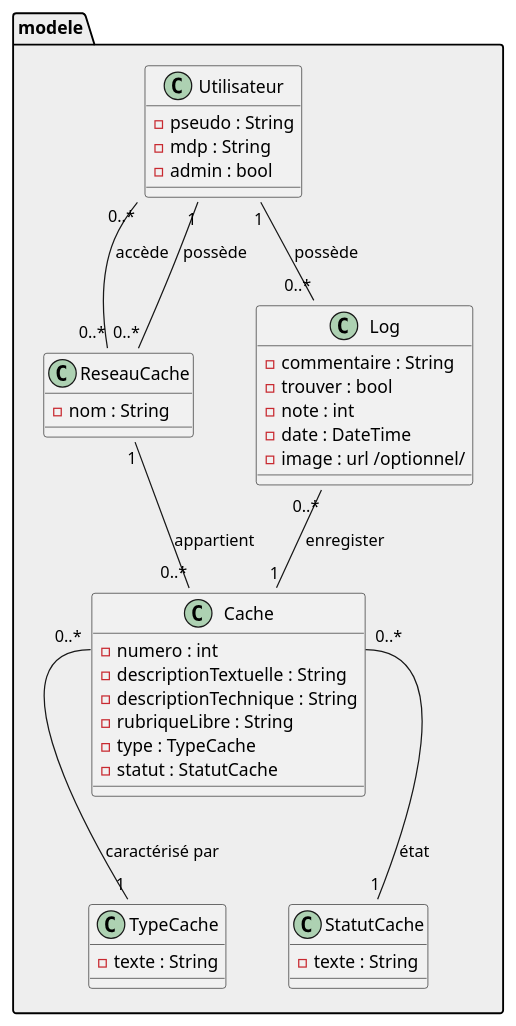
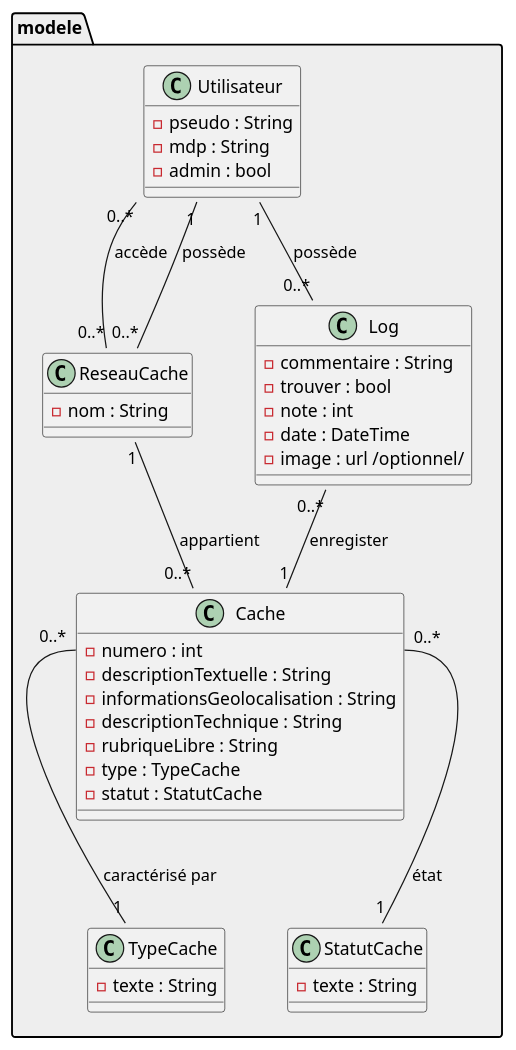
Before and after one commit to Thomas-Duthoit/ge-OO-cache: the diagram in conception/UML/diagramme_classes_V2.puml, drawn with PlantUML.

```diff
--- a/conception/UML/diagramme_classes_V2.puml
+++ b/conception/UML/diagramme_classes_V2.puml
@@ -1,53 +1,54 @@
 @startuml
 
 package "modele" #EEEEEE{
 
 class Utilisateur{
   - pseudo : String 
   - mdp : String
   - admin : bool
 }
 
 class ReseauCache{
   - nom : String
 }
 
 class Cache{
   - numero : int
   - descriptionTextuelle : String
+  - informationsGeolocalisation : String
   - descriptionTechnique : String 
   - rubriqueLibre : String
   - type : TypeCache
   - statut : StatutCache
 }
 
 class TypeCache{
   - texte : String
 }
 
 class StatutCache{ 
   - texte : String
 }
 
 
 class Log{
   - commentaire : String
   - trouver : bool
   - note : int
   - date : DateTime
   - image : url /optionnel/
 }
 
 Cache::numero "0..*" -- "1" TypeCache::id : caractérisé par
 Cache::numero "0..*" -- "1" StatutCache::id : état
 
 Utilisateur::reseaux "0..*" -- "0..*" ReseauCache : accède
 Utilisateur::id "1" -- "0..*" ReseauCache::idProprietaire : possède
 Utilisateur::id "1" -- "0..*" Log::id : possède
 
 ReseauCache::listCaches "1" -- "0..*" Cache : appartient
 
 Log "0..*" -- "1" Cache : enregister
 }
 
 @enduml
```
